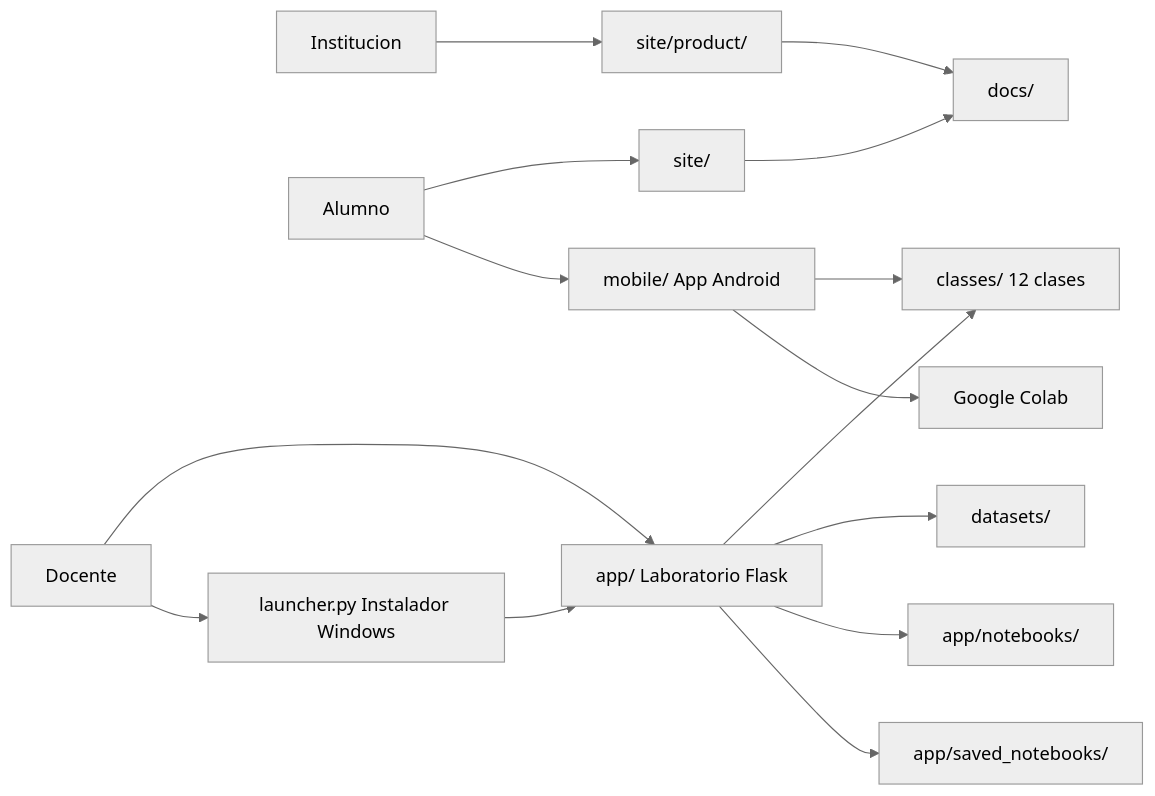
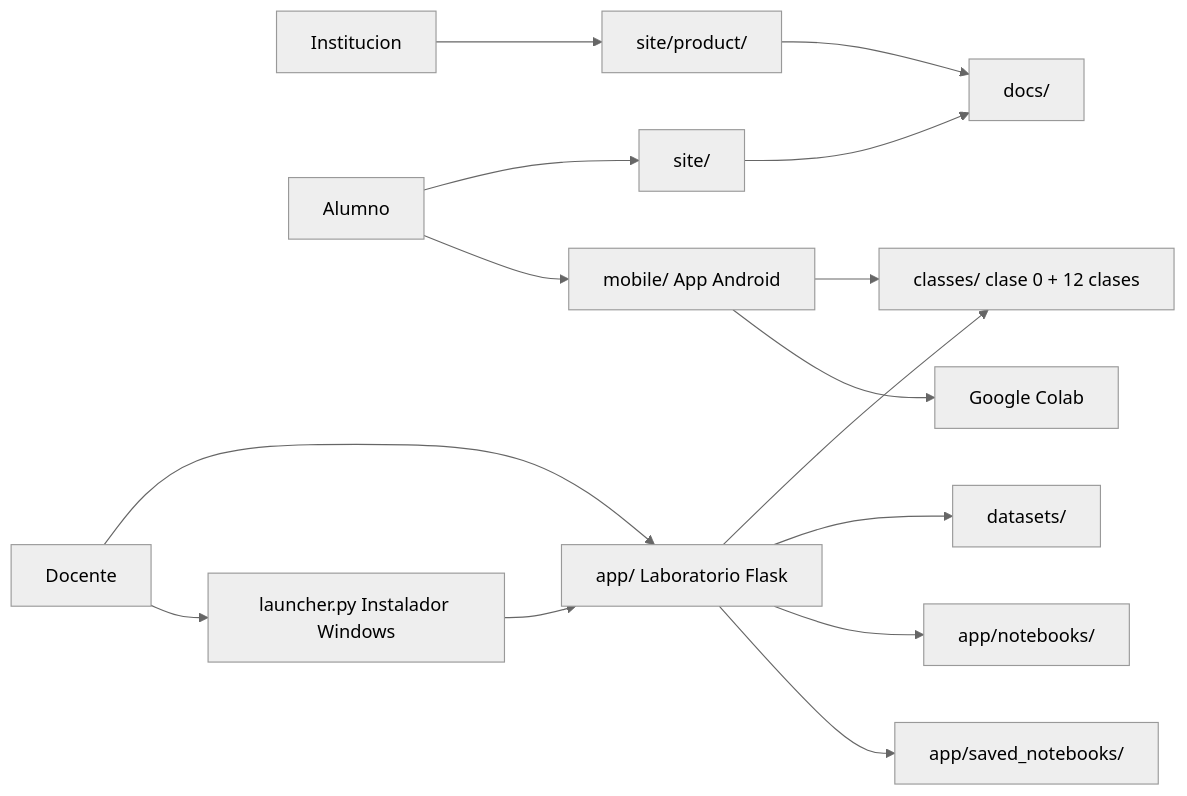
Before and after one commit to vladimiracunadev-create/python-data-science-bootcamp: the diagram in README.md, drawn with Mermaid (neutral theme). The commit also changed other lines of this file and 117 other files, not shown here.

````diff
--- a/README.md
+++ b/README.md
@@ -79,18 +69,18 @@
 ```mermaid
 graph LR
-    INST["Institucion"] --> PRODUCT["site/product/"]
-    ALUM["Alumno"] --> PORTAL["site/"]
-    ALUM --> MOBILE["mobile/ App Android"]
-    DOC["Docente"] --> LAB["app/ Laboratorio Flask"]
-    DOC --> WIN["launcher.py Instalador Windows"]
+INST["Institucion"] --> PRODUCT["site/product/"]
+ALUM["Alumno"] --> PORTAL["site/"]
+ALUM --> MOBILE["mobile/ App Android"]
+DOC["Docente"] --> LAB["app/ Laboratorio Flask"]
+DOC --> WIN["launcher.py Instalador Windows"]
 
-    PRODUCT --> DOCS["docs/"]
-    PORTAL --> DOCS
-    MOBILE --> CLASSES["classes/ 12 clases"]
-    MOBILE --> COLAB["Google Colab"]
-    LAB --> CLASSES
-    LAB --> DATA["datasets/"]
-    LAB --> NOTEBOOKS["app/notebooks/"]
-    LAB --> SAVED["app/saved_notebooks/"]
-    WIN --> LAB
+PRODUCT --> DOCS["docs/"]
+PORTAL --> DOCS
+MOBILE --> CLASSES["classes/ clase 0 + 12 clases"]
+MOBILE --> COLAB["Google Colab"]
+LAB --> CLASSES
+LAB --> DATA["datasets/"]
+LAB --> NOTEBOOKS["app/notebooks/"]
+LAB --> SAVED["app/saved_notebooks/"]
+WIN --> LAB
 ```
````
